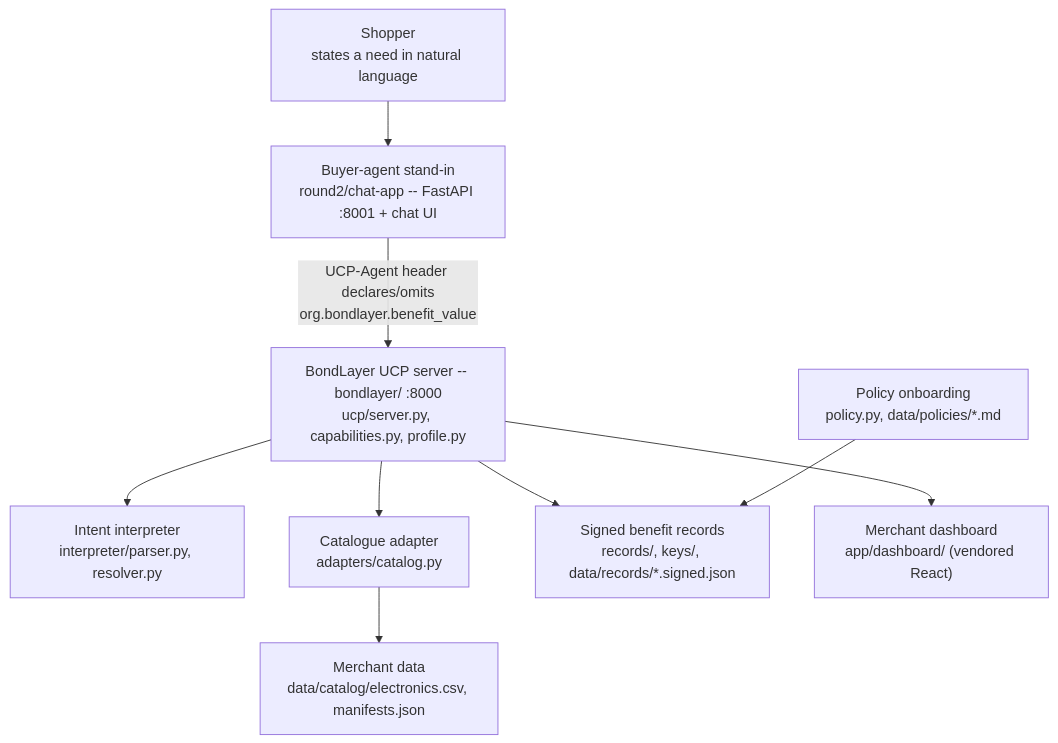
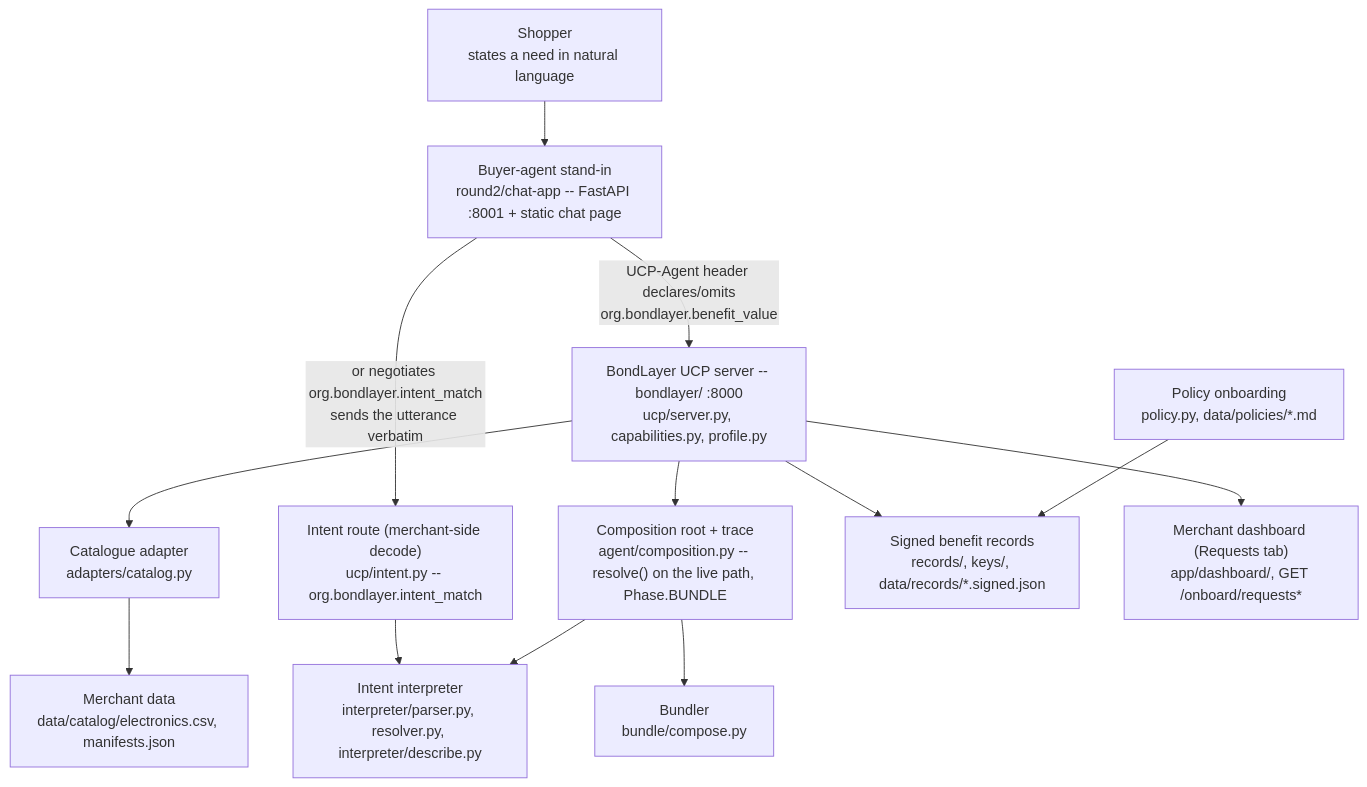
One commit to kaiday/UAVSHackathon-BondLayer changed the diagram in README.md. Above: the diagram before and after it, drawn with Mermaid. The commit also changed other lines of this file, not shown here.

First line of the commit message:
docs: root README truth pass — resolve all VERIFY markers, fill eval table, add intent path

````diff
--- a/README.md
+++ b/README.md
@@ -37,20 +50,27 @@
 ```mermaid
 flowchart TD
     Shopper["Shopper\nstates a need in natural language"]
-    Agent["Buyer-agent stand-in\nround2/chat-app -- FastAPI :8001 + chat UI"]
+    Agent["Buyer-agent stand-in\nround2/chat-app -- FastAPI :8001 + static chat page"]
     UCP["BondLayer UCP server -- bondlayer/ :8000\nucp/server.py, capabilities.py, profile.py"]
-    Interp["Intent interpreter\ninterpreter/parser.py, resolver.py"]
+    Intent["Intent route (merchant-side decode)\nucp/intent.py -- org.bondlayer.intent_match"]
+    Interp["Intent interpreter\ninterpreter/parser.py, resolver.py, interpreter/describe.py"]
+    Comp["Composition root + trace\nagent/composition.py -- resolve() on the live path, Phase.BUNDLE"]
+    Bundle["Bundler\nbundle/compose.py"]
     Adapter["Catalogue adapter\nadapters/catalog.py"]
     Records["Signed benefit records\nrecords/, keys/, data/records/*.signed.json"]
     Policy["Policy onboarding\npolicy.py, data/policies/*.md"]
     Data["Merchant data\ndata/catalog/electronics.csv, manifests.json"]
-    Dash["Merchant dashboard\napp/dashboard/ (vendored React)"]
+    Dash["Merchant dashboard (Requests tab)\napp/dashboard/, GET /onboard/requests*"]
 
     Shopper --> Agent
     Agent -- "UCP-Agent header declares/omits\norg.bondlayer.benefit_value" --> UCP
+    Agent -- "or negotiates org.bondlayer.intent_match\nsends the utterance verbatim" --> Intent
+    Intent --> Interp
     UCP --> Adapter --> Data
     UCP --> Records
-    UCP --> Interp
+    UCP --> Comp
+    Comp --> Interp
+    Comp --> Bundle
     Policy --> Records
     UCP --> Dash
 ```
````
